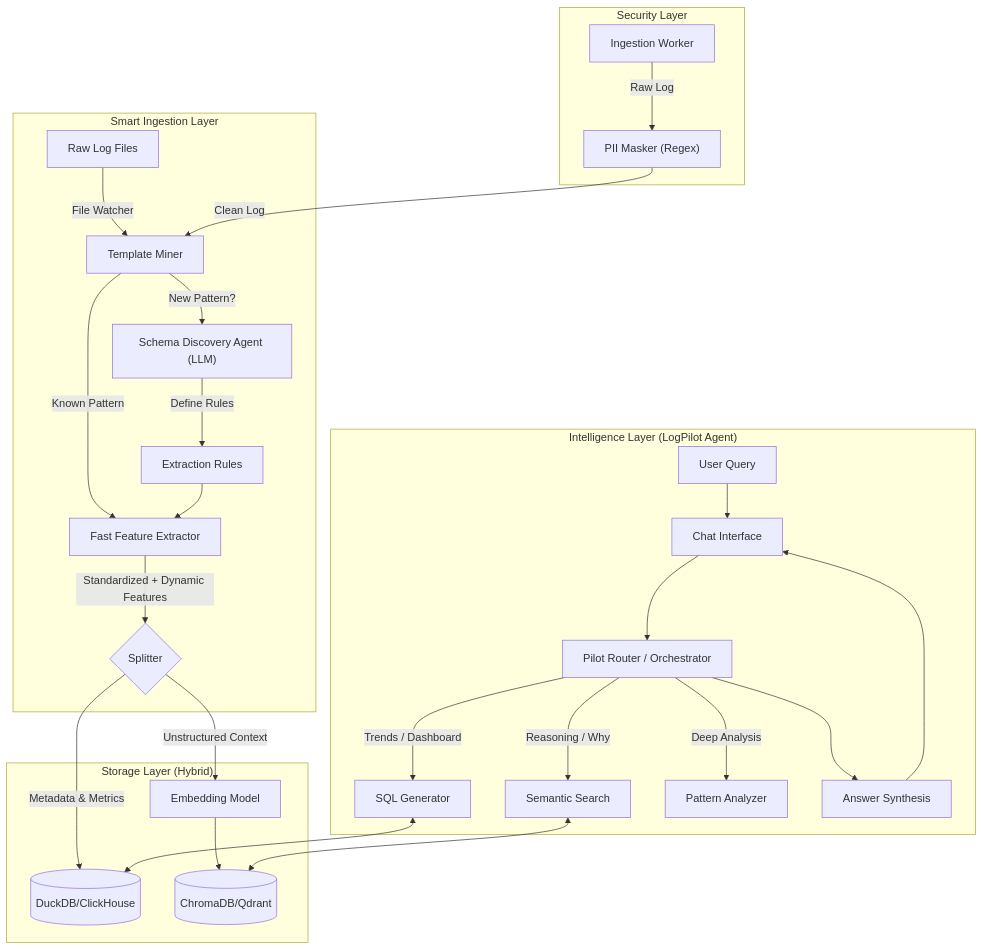
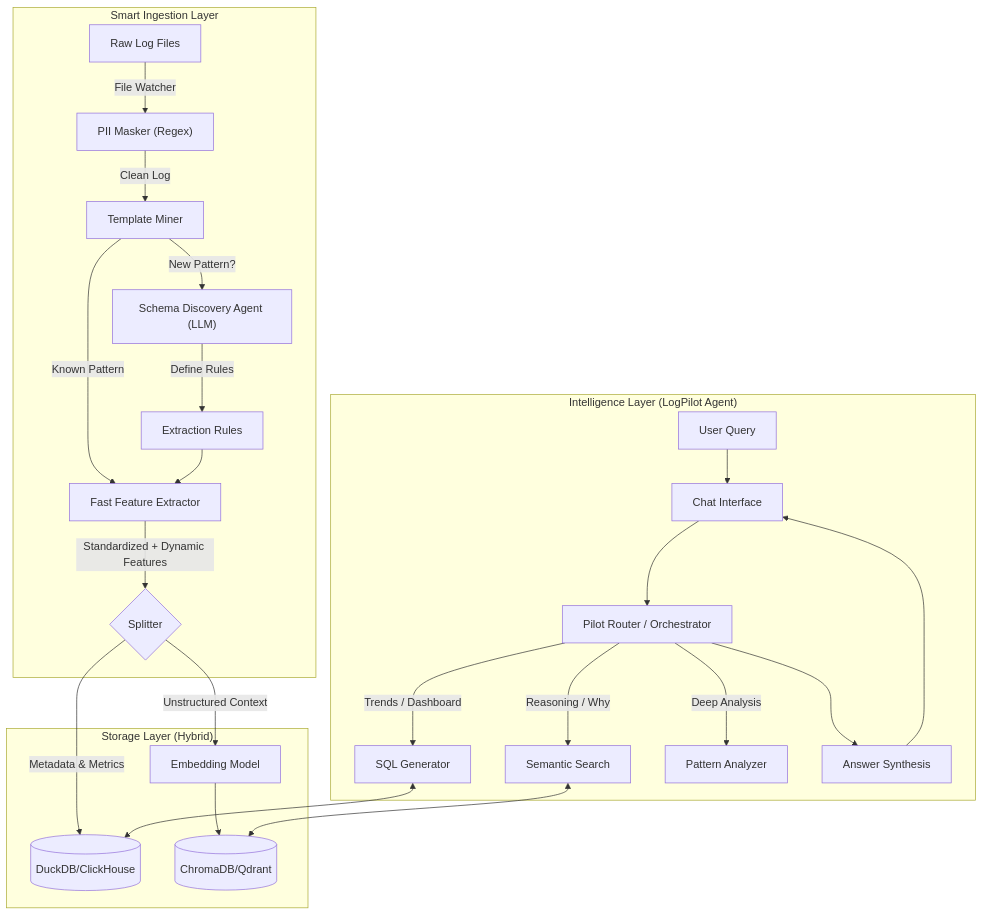
Before and after one commit to Jim-lan/log-pilot: the first of 2 diagrams in docs/architecture.md, drawn with Mermaid. The commit also changed 5 other files, not shown here.

````diff
--- a/docs/architecture.md
+++ b/docs/architecture.md
@@ -28,37 +28,33 @@
 ```mermaid
 graph TD
     subgraph "Smart Ingestion Layer"
-        RawLogs[Raw Log Files] --> |File Watcher| TemplateMiner[Template Miner]
+        RawLogs[Raw Log Files] --> |File Watcher| PIIMasker["PII Masker (Regex)"]
+        PIIMasker --> |Clean Log| TemplateMiner[Template Miner]
         TemplateMiner -- "New Pattern?" --> SchemaAgent["Schema Discovery Agent (LLM)"]
         SchemaAgent -- "Define Rules" --> RuleStore[Extraction Rules]
         TemplateMiner -- "Known Pattern" --> Extractor[Fast Feature Extractor]
         RuleStore --> Extractor
         Extractor --> |"Standardized + Dynamic Features"| Branch{Splitter}
     end
 
     subgraph "Storage Layer (Hybrid)"
         Branch --> |"Metadata & Metrics"| TimeSeriesDB[("DuckDB/ClickHouse")]
         Branch --> |"Unstructured Context"| Vectorizer[Embedding Model]
         Vectorizer --> VectorDB[("ChromaDB/Qdrant")]
-    end
-
-    subgraph "Security Layer"
-        IngestSvc[Ingestion Worker] --> |Raw Log| PIIMasker["PII Masker (Regex)"]
-        PIIMasker --> |Clean Log| TemplateMiner
     end
 
     subgraph "Intelligence Layer (LogPilot Agent)"
         User[User Query] --> ChatUI[Chat Interface]
         ChatUI --> Router["Pilot Router / Orchestrator"]
         
         Router --> |"Trends / Dashboard"| SQL_Tool[SQL Generator]
         Router --> |"Reasoning / Why"| RAG_Tool[Semantic Search]
         Router --> |"Deep Analysis"| Anomaly_Tool[Pattern Analyzer]
         
         SQL_Tool <--> TimeSeriesDB
         RAG_Tool <--> VectorDB
         
         Router --> Synthesizer[Answer Synthesis]
         Synthesizer --> ChatUI
     end
 ```
````
